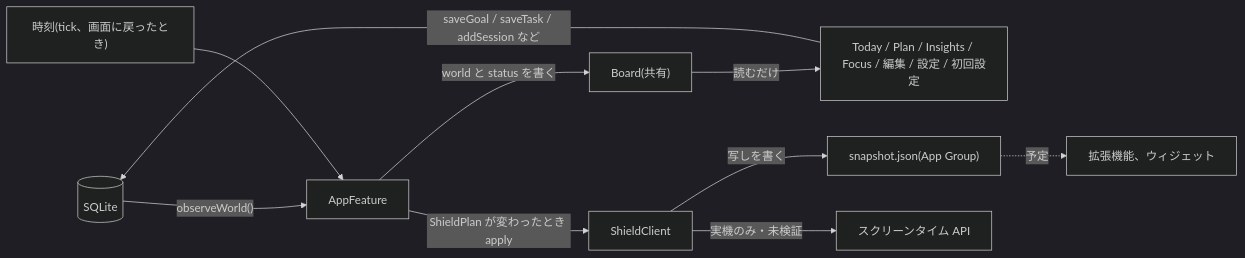
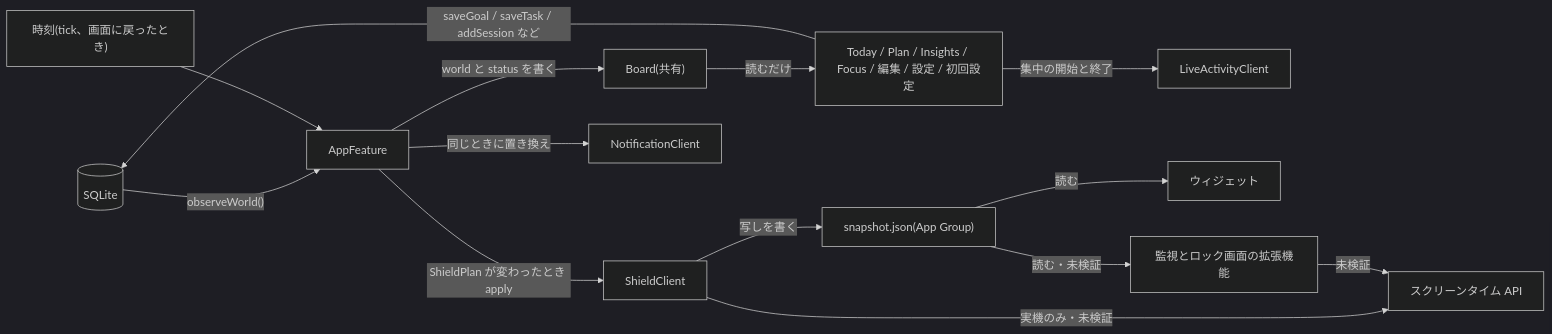
Before and after one commit to TaiyoYamada/todo: the second of 2 diagrams in docs/engineering/architecture.md, drawn with Mermaid (dark theme). The commit also changed other lines of this file, not shown here.

````diff
--- a/docs/engineering/architecture.md
+++ b/docs/engineering/architecture.md
@@ -74,12 +97,16 @@
 ```mermaid
 flowchart LR
     DB[("SQLite")] -->|"observeWorld()"| AF["AppFeature"]
     AF -->|"world と status を書く"| Board["Board(共有)"]
     Board -->|"読むだけ"| Features["Today / Plan / Insights / Focus / 編集 / 設定 / 初回設定"]
     Features -->|"saveGoal / saveTask / addSession など"| DB
     Clock["時刻(tick、画面に戻ったとき)"] --> AF
     AF -->|"ShieldPlan が変わったとき apply"| Shield["ShieldClient"]
+    AF -->|"同じときに置き換え"| Notify["NotificationClient"]
+    Features -->|"集中の開始と終了"| Live["LiveActivityClient"]
     Shield -->|"写しを書く"| Snapshot["snapshot.json(App Group)"]
     Shield -->|"実機のみ・未検証"| ScreenTime["スクリーンタイム API"]
-    Snapshot -.->|"予定"| Extensions["拡張機能、ウィジェット"]
+    Snapshot -->|"読む"| Widget["ウィジェット"]
+    Snapshot -->|"読む・未検証"| Extensions["監視とロック画面の拡張機能"]
+    Extensions -->|"未検証"| ScreenTime
 ```
````
